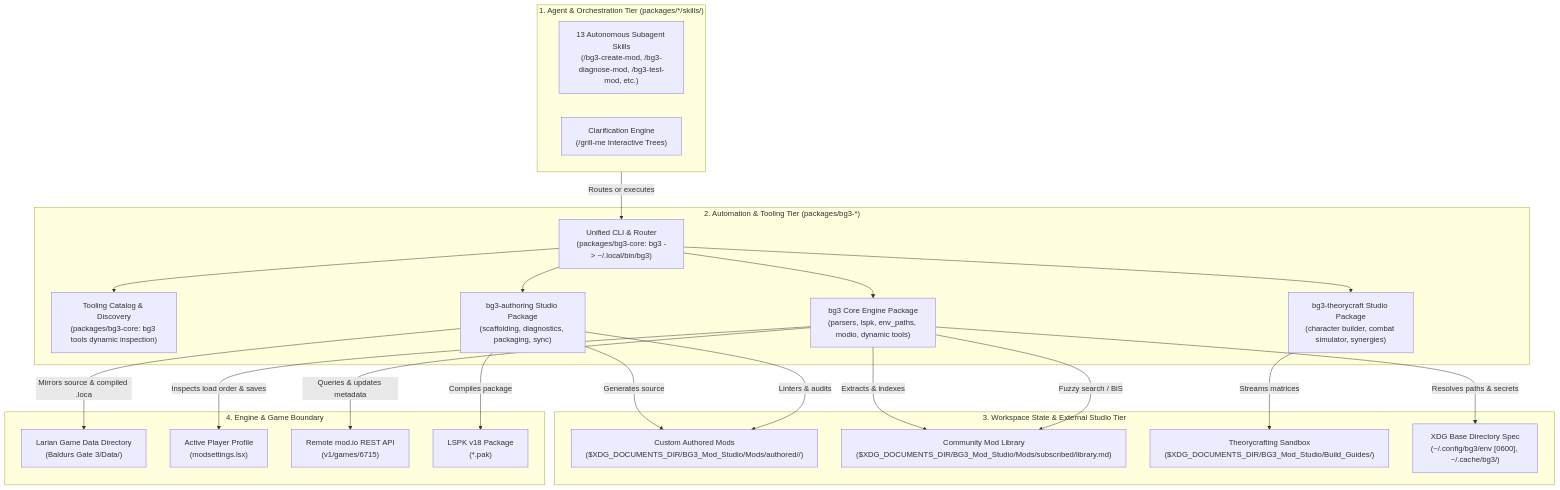
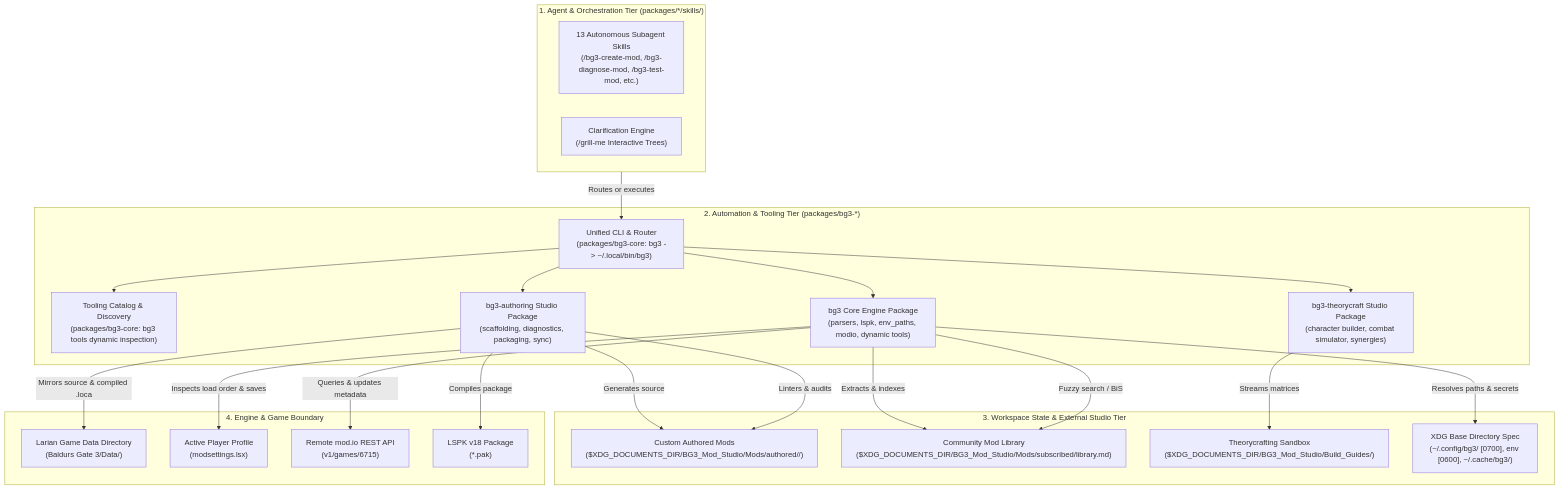
The first of 4 diagrams in docs/ARCHITECTURE.md (jpelton-stroud/bg3-mod-studio), drawn with Mermaid before and after one commit. The commit also changed other lines of this file and 51 other files, not shown here.

First line of the commit message:
fix(core): harden security boundaries, align router schemas, and sync docs (#69)

````diff
--- a/docs/ARCHITECTURE.md
+++ b/docs/ARCHITECTURE.md
@@ -14,46 +14,46 @@
 ```mermaid
 flowchart TD
     subgraph Tier1["1. Agent & Orchestration Tier (packages/*/skills/)"]
         Agents["13 Autonomous Subagent Skills\n(/bg3-create-mod, /bg3-diagnose-mod, /bg3-test-mod, etc.)"]
         GrillMe["Clarification Engine\n(/grill-me Interactive Trees)"]
     end
 
     subgraph Tier2["2. Automation & Tooling Tier (packages/bg3-*)"]
         CLI["Unified CLI & Router\n(packages/bg3-core: bg3 -> ~/.local/bin/bg3)"]
         Registry["Tooling Catalog & Discovery\n(packages/bg3-core: bg3 tools dynamic inspection)"]
         CorePkg["bg3 Core Engine Package\n(parsers, lspk, env_paths, modio, dynamic tools)"]
         AuthoringPkg["bg3-authoring Studio Package\n(scaffolding, diagnostics, packaging, sync)"]
         TheorycraftPkg["bg3-theorycraft Studio Package\n(character builder, combat simulator, synergies)"]
     end
 
     subgraph Tier3["3. Workspace State & External Studio Tier"]
         MyMods["Custom Authored Mods\n($XDG_DOCUMENTS_DIR/BG3_Mod_Studio/Mods/authored/<slug>/)"]
         ModsLib["Community Mod Library\n($XDG_DOCUMENTS_DIR/BG3_Mod_Studio/Mods/subscribed/library.md)"]
         Sandboxes["Theorycrafting Sandbox\n($XDG_DOCUMENTS_DIR/BG3_Mod_Studio/Build_Guides/)"]
-        XDGConfig["XDG Base Directory Spec\n(~/.config/bg3/env [0600], ~/.cache/bg3/)"]
+        XDGConfig["XDG Base Directory Spec\n(~/.config/bg3/ [0700], env [0600], ~/.cache/bg3/)"]
     end
 
     subgraph Tier4["4. Engine & Game Boundary"]
         GameData["Larian Game Data Directory\n(Baldurs Gate 3/Data/)"]
         ProfileSettings["Active Player Profile\n(modsettings.lsx)"]
         ModioRemote["Remote mod.io REST API\n(v1/games/6715)"]
         Distribution["LSPK v18 Package\n(*.pak)"]
     end
 
     Tier1 -->|Routes or executes| CLI
     CLI --> Registry
     CLI --> CorePkg
     CLI --> AuthoringPkg
     CLI --> TheorycraftPkg
 
     AuthoringPkg -->|Generates source| MyMods
     AuthoringPkg -->|Mirrors source & compiled .loca| GameData
     AuthoringPkg -->|Compiles package| Distribution
     AuthoringPkg -->|Linters & audits| MyMods
     CorePkg -->|Inspects load order & saves| ProfileSettings
     CorePkg -->|Queries & updates metadata| ModioRemote
     CorePkg -->|Extracts & indexes| ModsLib
     CorePkg -->|Fuzzy search / BiS| ModsLib
     TheorycraftPkg -->|Streams matrices| Sandboxes
     CorePkg -->|Resolves paths & secrets| XDGConfig
 ```
````
